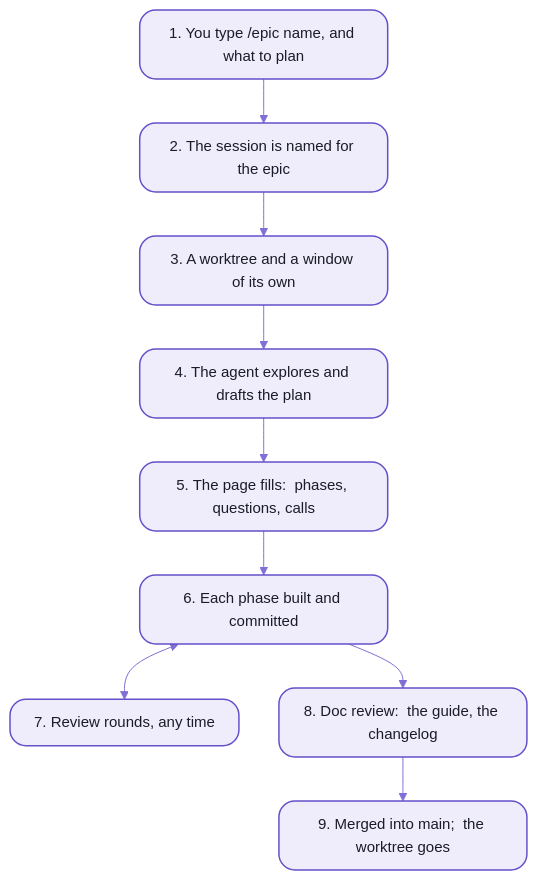
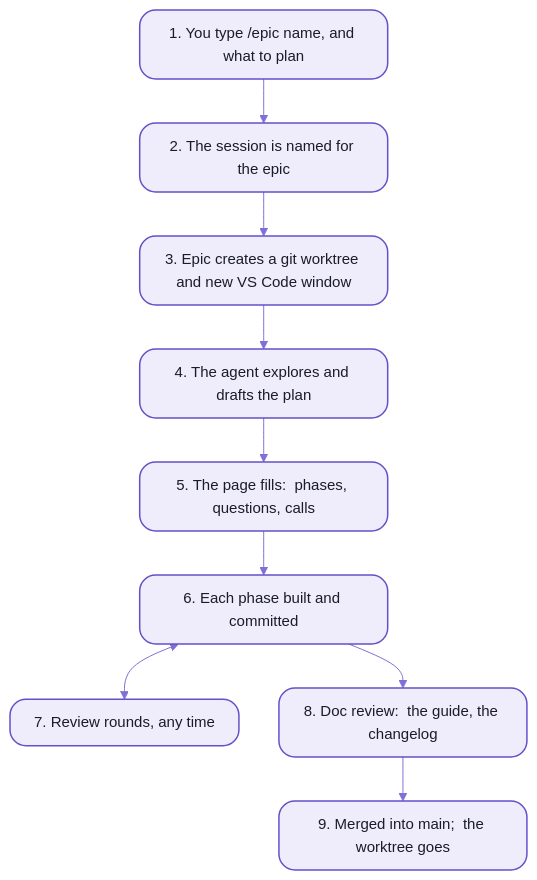
One commit to spell-app/spell changed the diagram in epic/README.md. Above: the diagram before and after it, drawn with Mermaid. The commit also changed other lines of this file and 9 other files, not shown here.

````diff
--- a/epic/README.md
+++ b/epic/README.md
@@ -54,19 +28,19 @@
 ```mermaid
 %%{init: {"theme":"base","themeVariables":{"fontFamily":"-apple-system, BlinkMacSystemFont, Segoe UI, Helvetica, Arial, sans-serif","fontSize":"15px","primaryColor":"#EFECFB","primaryBorderColor":"#6550CA","primaryTextColor":"#1A1C27","secondaryColor":"#F4F1E9","tertiaryColor":"#F7F6FC","lineColor":"#7F6FD6","textColor":"#7F6FD6","clusterBkg":"#F7F6FC","clusterBorder":"#B9B0E8","titleColor":"#1A1C27","edgeLabelBackground":"#F7F6FC","actorBkg":"#EFECFB","actorBorder":"#6550CA","actorTextColor":"#1A1C27","actorLineColor":"#9C90DE","signalColor":"#7F6FD6","signalTextColor":"#7F6FD6","labelBoxBkgColor":"#EFECFB","labelBoxBorderColor":"#6550CA","labelTextColor":"#1A1C27","loopTextColor":"#7F6FD6","noteBkgColor":"#F1E7D4","noteBorderColor":"#C9B48A","noteTextColor":"#1A1C27","activationBkgColor":"#DCD6F7","activationBorderColor":"#6550CA","sequenceNumberColor":"#FFFFFF"},"flowchart":{"curve":"basis","padding":12,"nodeSpacing":40,"rankSpacing":44}}}%%
 flowchart TD
   name["1. You type /epic name, and what to plan"]
   gate["2. The session is named for the epic"]
-  tree["3. A worktree and a window of its own"]
+  tree["3. Epic creates a git worktree and new VS Code window"]
   plan["4. The agent explores and drafts the plan"]
   fill["5. The page fills:  phases, questions, calls"]
   phase["6. Each phase built and committed"]
   review["7. Review rounds, any time"]
   docs["8. Doc review:  the guide, the changelog"]
   merge["9. Merged into main;  the worktree goes"]
   name --> gate --> tree --> plan --> fill --> phase --> docs --> merge
   phase <--> review
   %% the Spell look:  yarn mermaid:pretty
   classDef default fill:#EFECFB,stroke:#6550CA,stroke-width:1.5px,color:#1A1C27,rx:8px,ry:8px
   classDef step fill:#EFECFB,stroke:#6550CA,stroke-width:1.5px,color:#1A1C27,rx:16px,ry:16px
   class name,gate,tree,plan,fill,phase,review,docs,merge step
 ```
````
